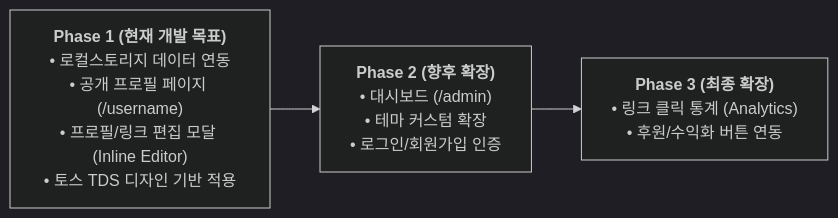
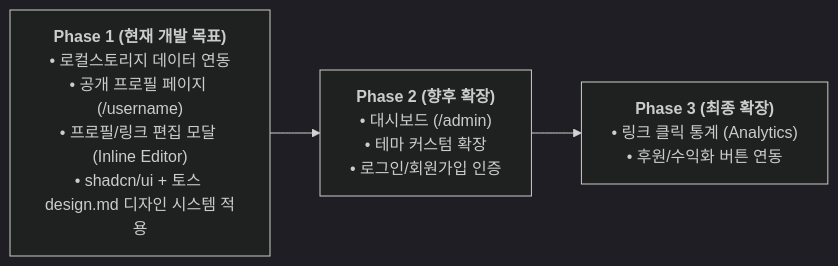
The first of 2 diagrams in docs/PRD.md (junseok1028/mylink), drawn with Mermaid (dark theme) before and after one commit. The commit also changed other lines of this file and 13 other files, not shown here.

````diff
--- a/docs/PRD.md
+++ b/docs/PRD.md
@@ -12,5 +12,5 @@
 ```mermaid
 flowchart LR
-    Phase1["<b>Phase 1 (현재 개발 목표)</b><br/>• 로컬스토리지 데이터 연동<br/>• 공개 프로필 페이지 (/username)<br/>• 프로필/링크 편집 모달 (Inline Editor)<br/>• 토스 TDS 디자인 기반 적용"] --> Phase2["<b>Phase 2 (향후 확장)</b><br/>• 대시보드 (/admin)<br/>• 테마 커스텀 확장<br/>• 로그인/회원가입 인증"]
+    Phase1["<b>Phase 1 (현재 개발 목표)</b><br/>• 로컬스토리지 데이터 연동<br/>• 공개 프로필 페이지 (/username)<br/>• 프로필/링크 편집 모달 (Inline Editor)<br/>• shadcn/ui + 토스 design.md 디자인 시스템 적용"] --> Phase2["<b>Phase 2 (향후 확장)</b><br/>• 대시보드 (/admin)<br/>• 테마 커스텀 확장<br/>• 로그인/회원가입 인증"]
     Phase2 --> Phase3["<b>Phase 3 (최종 확장)</b><br/>• 링크 클릭 통계 (Analytics)<br/>• 후원/수익화 버튼 연동"]
 ```
````
